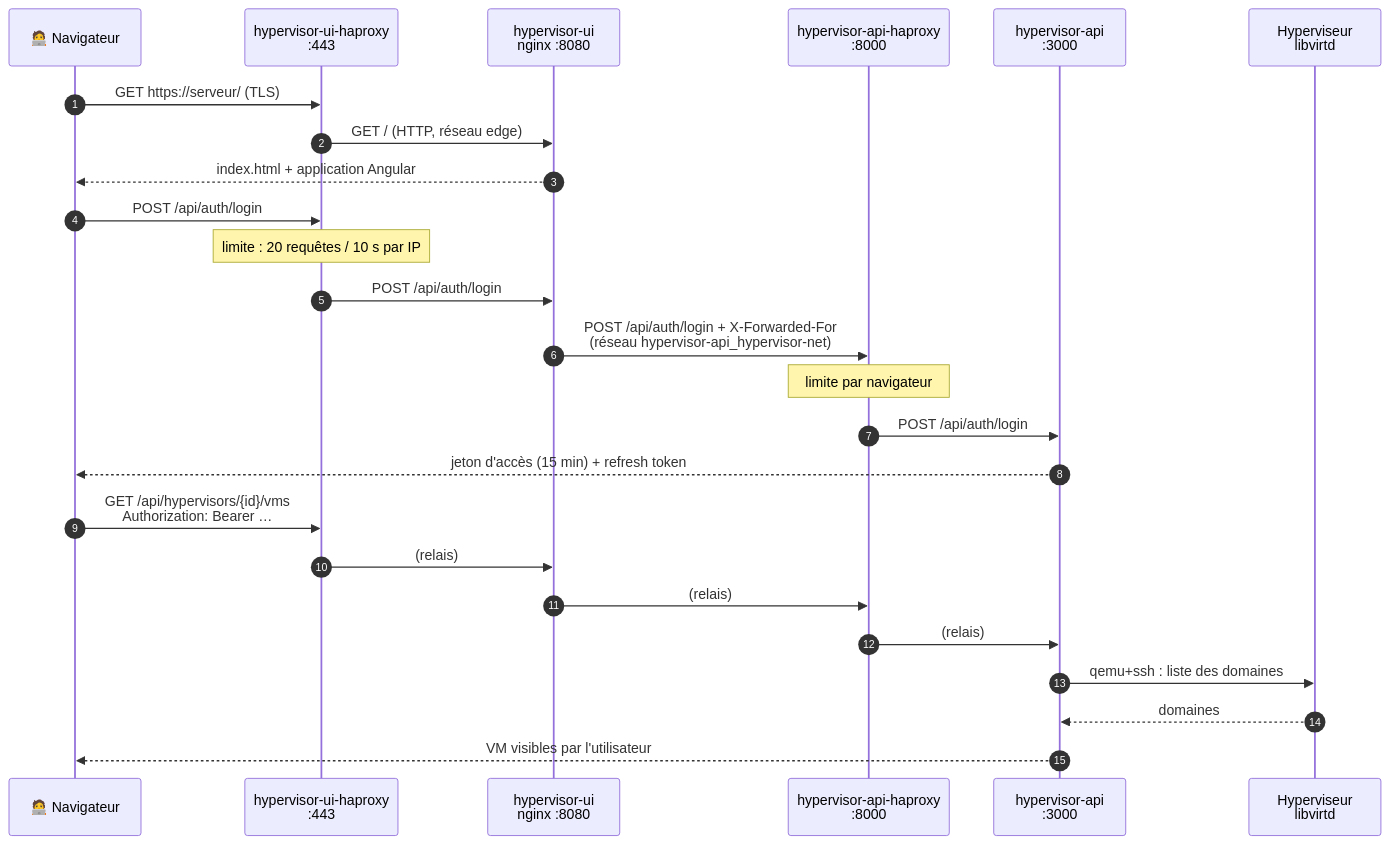
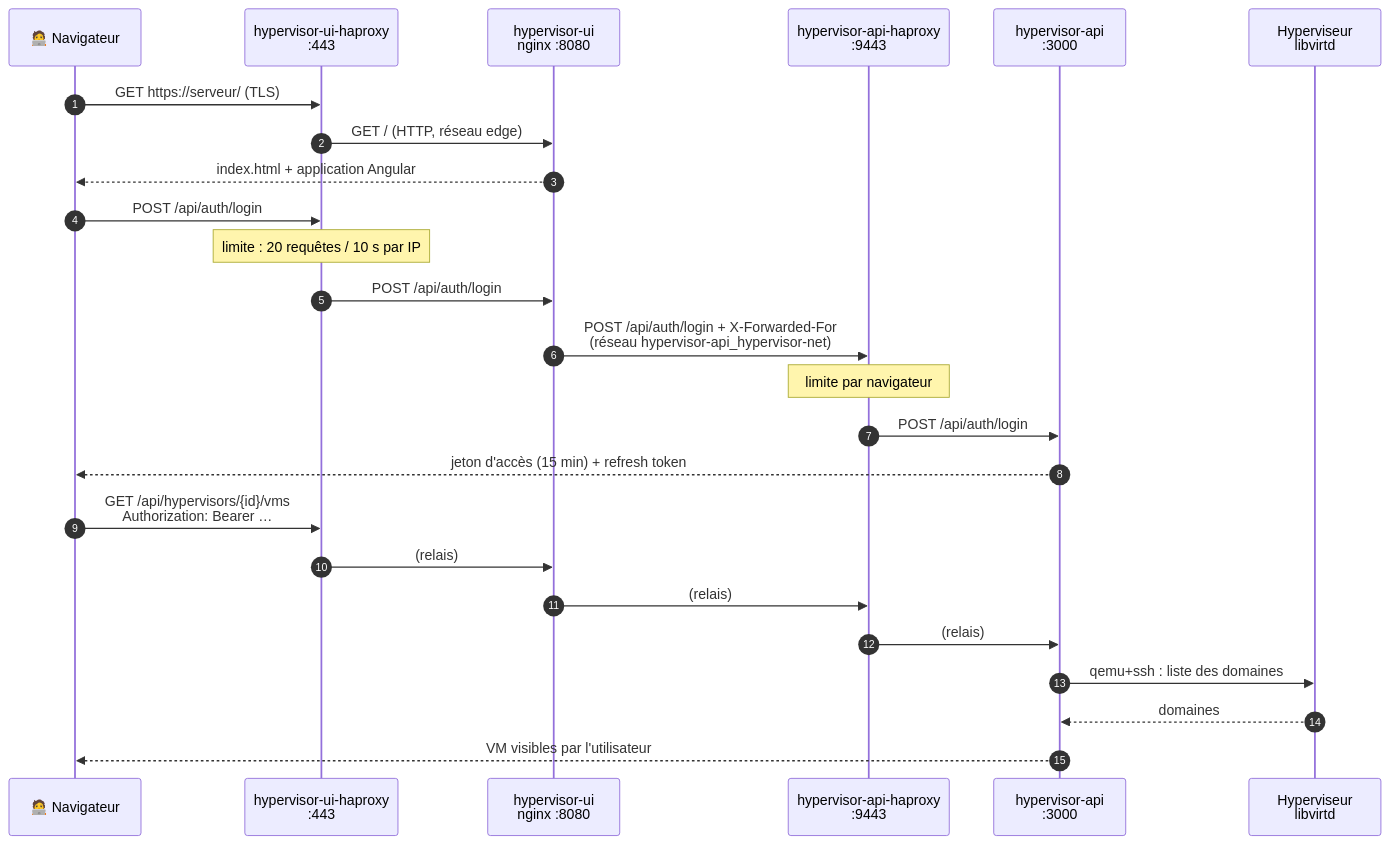
Before and after one commit to remialban/hypervisor-api: the second of 3 diagrams in docs/DOCKER.md, drawn with Mermaid. The commit also changed other lines of this file and 5 other files, not shown here.

````diff
--- a/docs/DOCKER.md
+++ b/docs/DOCKER.md
@@ -199,28 +200,28 @@
 ```mermaid
 sequenceDiagram
     autonumber
     participant N as 🧑‍💻 Navigateur
     participant H as hypervisor-ui-haproxy<br/>:443
     participant U as hypervisor-ui<br/>nginx :8080
-    participant P as hypervisor-api-haproxy<br/>:8000
+    participant P as hypervisor-api-haproxy<br/>:9443
     participant A as hypervisor-api<br/>:3000
     participant K as Hyperviseur<br/>libvirtd
 
     N->>H: GET https://serveur/ (TLS)
     H->>U: GET / (HTTP, réseau edge)
     U-->>N: index.html + application Angular
     N->>H: POST /api/auth/login
     Note over H: limite : 20 requêtes / 10 s par IP
     H->>U: POST /api/auth/login
     U->>P: POST /api/auth/login + X-Forwarded-For<br/>(réseau hypervisor-api_hypervisor-net)
     Note over P: limite par navigateur
     P->>A: POST /api/auth/login
     A-->>N: jeton d'accès (15 min) + refresh token
     N->>H: GET /api/hypervisors/{id}/vms<br/>Authorization: Bearer …
     H->>U: (relais)
     U->>P: (relais)
     P->>A: (relais)
     A->>K: qemu+ssh : liste des domaines
     K-->>A: domaines
     A-->>N: VM visibles par l'utilisateur
 ```
````
